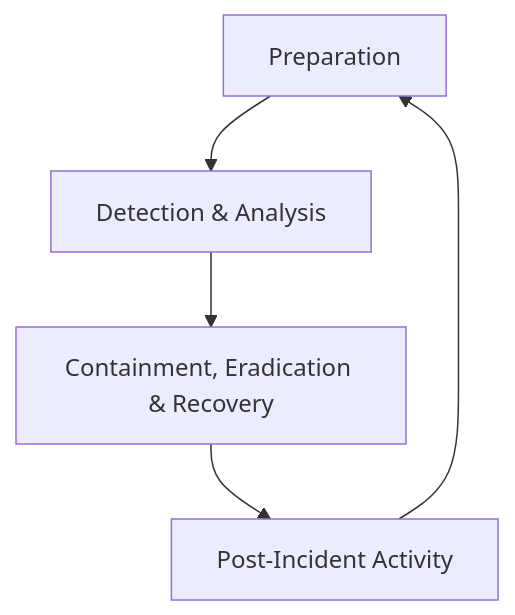
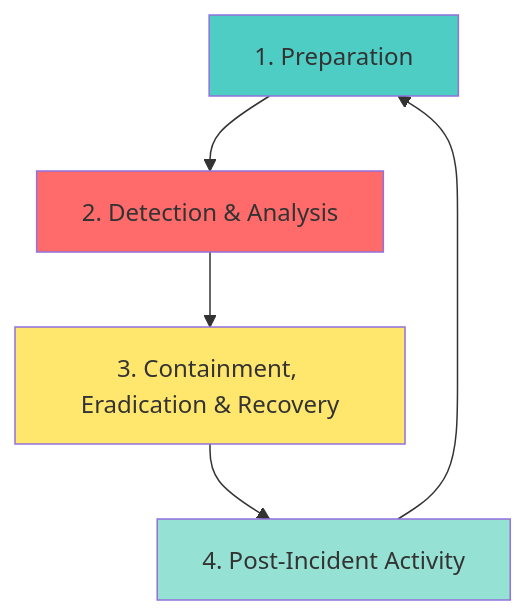
The first of 3 diagrams in SOC-T1/SOC Fundamentals/Courses/Security incident lifecycle phases.md (Walid-El-Hioul/Cybersecurity), drawn with Mermaid before and after one commit. The commit also changed other lines of this file and 4 other files, not shown here.

````diff
--- a/SOC-T1/SOC Fundamentals/Courses/Security incident lifecycle phases.md
+++ b/SOC-T1/SOC Fundamentals/Courses/Security incident lifecycle phases.md
@@ -11,7 +17,11 @@
 ```mermaid
 flowchart TD
-    A[Preparation] --> B[Detection & Analysis]
-    B --> C[Containment, Eradication & Recovery]
-    C --> D[Post-Incident Activity]
+    A[1. Preparation] --> B[2. Detection & Analysis]
+    B --> C[3. Containment, Eradication & Recovery]
+    C --> D[4. Post-Incident Activity]
     D --> A
+    style B fill:#ff6b6b
+    style A fill:#4ecdc4
+    style C fill:#ffe66d
+    style D fill:#95e1d3
 ```
````
